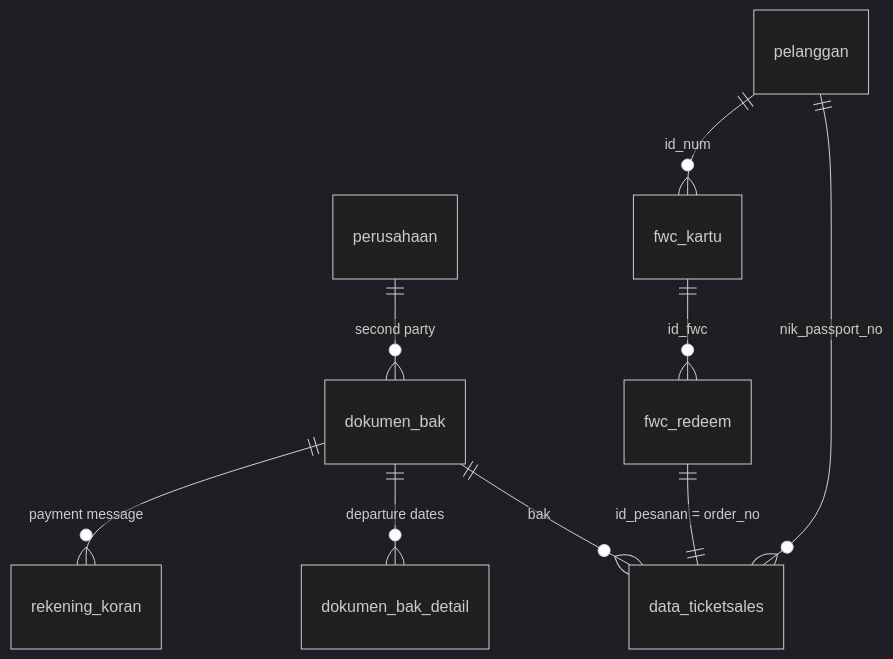
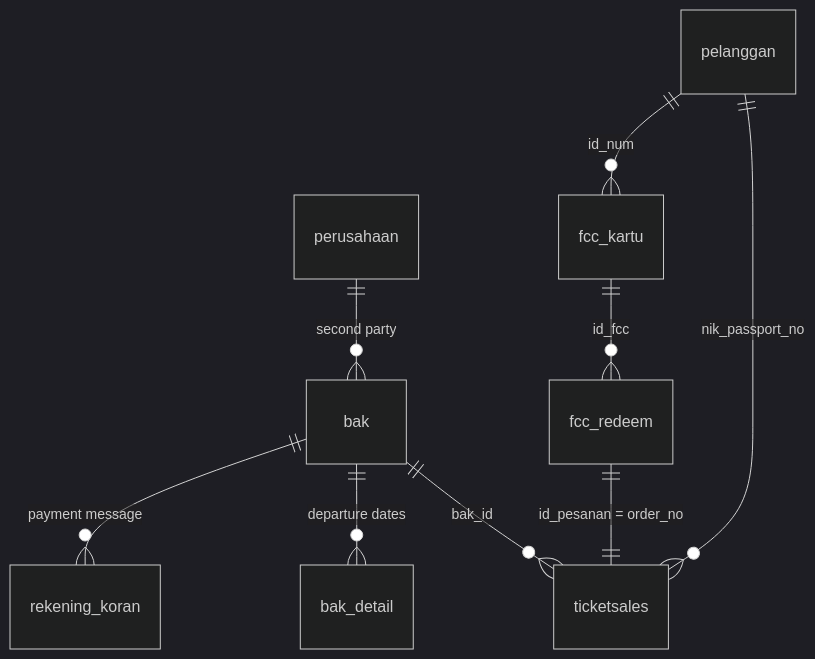
One commit to samsmon/hst-synthetic-dataset changed the diagram in README.md. Above: the diagram before and after it, drawn with Mermaid (dark theme). The commit also changed other lines of this file and 5 other files, not shown here.

First line of the commit message:
feat(schema): add oltp and dwh ddl with design docs

````diff
--- a/README.md
+++ b/README.md
@@ -35,11 +35,11 @@
 ```mermaid
 erDiagram
-    perusahaan ||--o{ dokumen_bak : "second party"
-    dokumen_bak ||--o{ dokumen_bak_detail : "departure dates"
-    dokumen_bak ||--o{ data_ticketsales : "bak"
-    dokumen_bak ||--o{ rekening_koran : "payment message"
-    pelanggan ||--o{ fwc_kartu : "id_num"
-    fwc_kartu ||--o{ fwc_redeem : "id_fwc"
-    fwc_redeem ||--|| data_ticketsales : "id_pesanan = order_no"
-    pelanggan ||--o{ data_ticketsales : "nik_passport_no"
+    perusahaan ||--o{ bak : "second party"
+    bak ||--o{ bak_detail : "departure dates"
+    bak ||--o{ ticketsales : "bak_id"
+    bak ||--o{ rekening_koran : "payment message"
+    pelanggan ||--o{ fcc_kartu : "id_num"
+    fcc_kartu ||--o{ fcc_redeem : "id_fcc"
+    fcc_redeem ||--|| ticketsales : "id_pesanan = order_no"
+    pelanggan ||--o{ ticketsales : "nik_passport_no"
 ```
````
